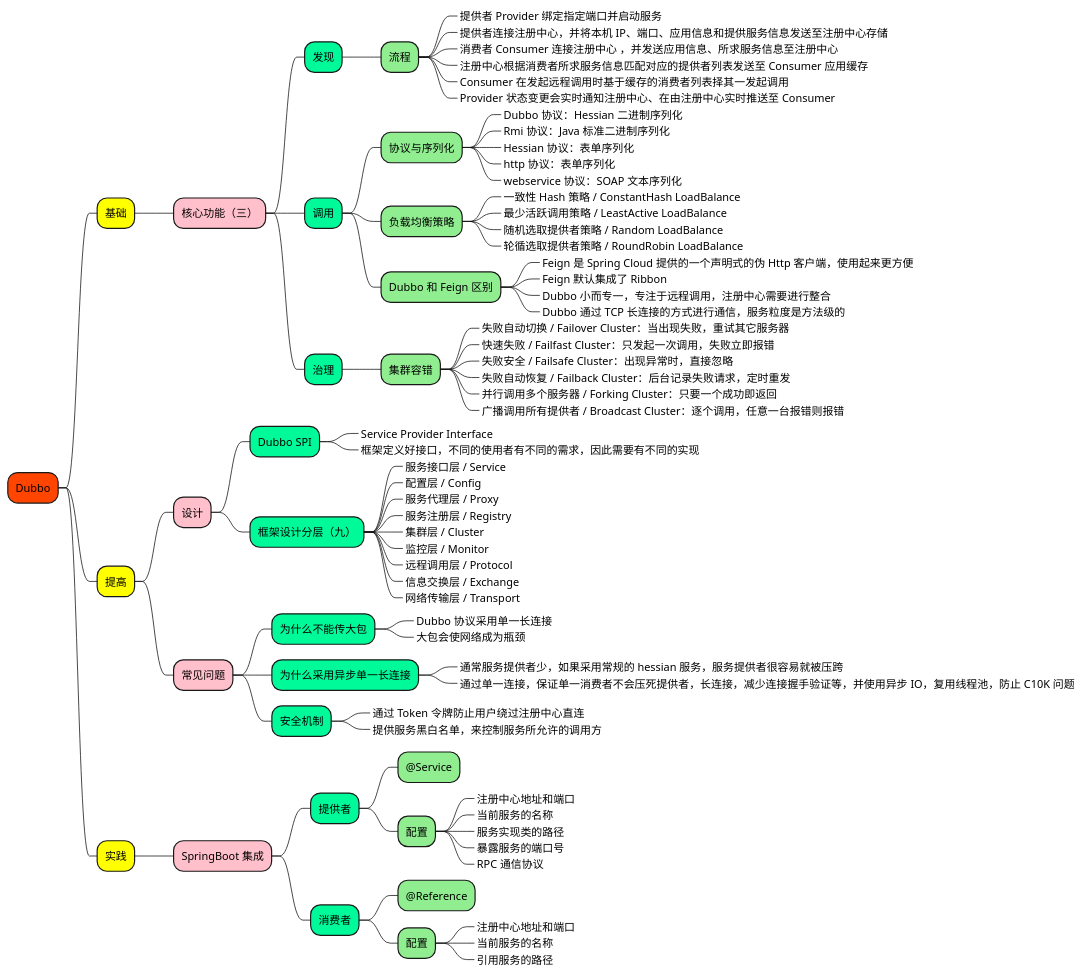
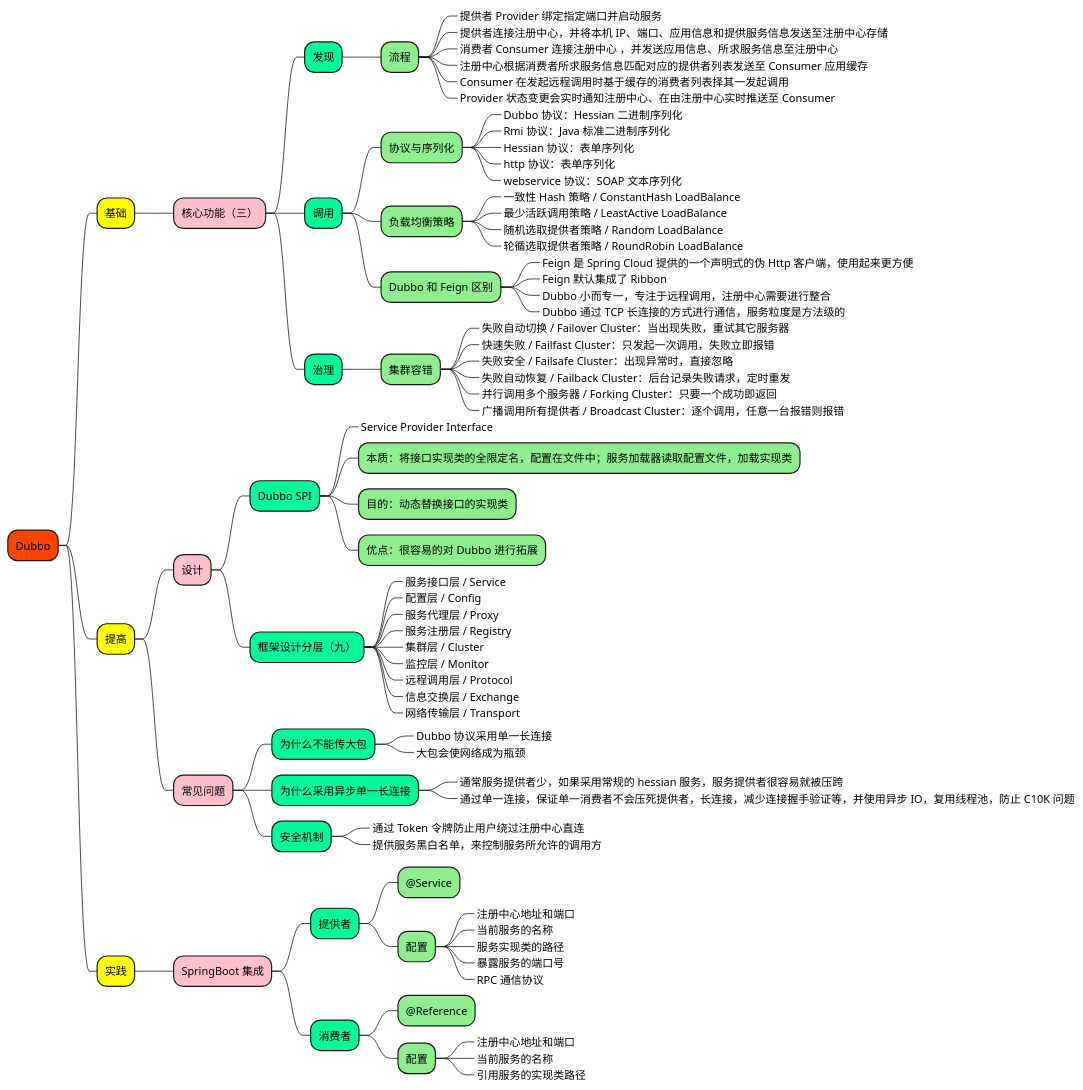
The diagram in 1_map/framework/Dubbo.puml (doveg/self-cultivation-of-a-software-engineer), drawn with PlantUML before and after one commit. The commit also changed 19 other files, not shown here.

```diff
--- a/1_map/framework/Dubbo.puml
+++ b/1_map/framework/Dubbo.puml
@@ -1,105 +1,107 @@
 @startmindmap
 
 +[#OrangeRed] Dubbo
 
 ++[#yellow] 基础
 
 +++[#Pink] 核心功能（三）
 
 ++++[#MediumSpringGreen] 发现
 
 +++++[#LightGreen] 流程
 ++++++[#Aquamarine]_ 提供者 Provider 绑定指定端口并启动服务
 ++++++[#Aquamarine]_ 提供者连接注册中心，并将本机 IP、端口、应用信息和提供服务信息发送至注册中心存储
 ++++++[#Aquamarine]_ 消费者 Consumer 连接注册中心 ，并发送应用信息、所求服务信息至注册中心
 ++++++[#Aquamarine]_ 注册中心根据消费者所求服务信息匹配对应的提供者列表发送至 Consumer 应用缓存
 ++++++[#Aquamarine]_ Consumer 在发起远程调用时基于缓存的消费者列表择其一发起调用
 ++++++[#Aquamarine]_ Provider 状态变更会实时通知注册中心、在由注册中心实时推送至 Consumer
 
 ++++[#MediumSpringGreen] 调用
 
 +++++[#LightGreen] 协议与序列化
 ++++++[#Aquamarine]_ Dubbo 协议：Hessian 二进制序列化
 ++++++[#Aquamarine]_ Rmi 协议：Java 标准二进制序列化
 ++++++[#Aquamarine]_ Hessian 协议：表单序列化
 ++++++[#Aquamarine]_ http 协议：表单序列化
 ++++++[#Aquamarine]_ webservice 协议：SOAP 文本序列化
 
 +++++[#LightGreen] 负载均衡策略
 ++++++[#Aquamarine]_ 一致性 Hash 策略 / ConstantHash LoadBalance
 ++++++[#Aquamarine]_ 最少活跃调用策略 / LeastActive LoadBalance
 ++++++[#Aquamarine]_ 随机选取提供者策略 / Random LoadBalance
 ++++++[#Aquamarine]_ 轮循选取提供者策略 / RoundRobin LoadBalance
 
 +++++[#LightGreen] Dubbo 和 Feign 区别
 ++++++[#Aquamarine]_ Feign 是 Spring Cloud 提供的一个声明式的伪 Http 客户端，使用起来更方便
 ++++++[#Aquamarine]_ Feign 默认集成了 Ribbon
 ++++++[#Aquamarine]_ Dubbo 小而专一，专注于远程调用，注册中心需要进行整合
 ++++++[#Aquamarine]_ Dubbo 通过 TCP 长连接的方式进行通信，服务粒度是方法级的
 
 ++++[#MediumSpringGreen] 治理
 
 +++++[#LightGreen] 集群容错
 ++++++[#Aquamarine]_ 失败自动切换 / Failover Cluster：当出现失败，重试其它服务器
 ++++++[#Aquamarine]_ 快速失败 / Failfast Cluster：只发起一次调用，失败立即报错
 ++++++[#Aquamarine]_ 失败安全 / Failsafe Cluster：出现异常时，直接忽略
 ++++++[#Aquamarine]_ 失败自动恢复 / Failback Cluster：后台记录失败请求，定时重发
 ++++++[#Aquamarine]_ 并行调用多个服务器 / Forking Cluster：只要一个成功即返回
 ++++++[#Aquamarine]_ 广播调用所有提供者 / Broadcast Cluster：逐个调用，任意一台报错则报错
 
 
 ++[#yellow] 提高
 
 +++[#Pink] 设计
 
 ++++[#MediumSpringGreen] Dubbo SPI
 +++++[#LightGreen]_ Service Provider Interface
-+++++[#LightGreen]_ 框架定义好接口，不同的使用者有不同的需求，因此需要有不同的实现
++++++[#LightGreen] 本质：将接口实现类的全限定名，配置在文件中；服务加载器读取配置文件，加载实现类
++++++[#LightGreen] 目的：动态替换接口的实现类
++++++[#LightGreen] 优点：很容易的对 Dubbo 进行拓展
 
 ++++[#MediumSpringGreen] 框架设计分层（九）
 +++++[#LightGreen]_ 服务接口层 / Service
 +++++[#LightGreen]_ 配置层 / Config
 +++++[#LightGreen]_ 服务代理层 / Proxy
 +++++[#LightGreen]_ 服务注册层 / Registry
 +++++[#LightGreen]_ 集群层 / Cluster
 +++++[#LightGreen]_ 监控层 / Monitor
 +++++[#LightGreen]_ 远程调用层 / Protocol
 +++++[#LightGreen]_ 信息交换层 / Exchange
 +++++[#LightGreen]_ 网络传输层 / Transport
 
 +++[#Pink] 常见问题
 
 ++++[#MediumSpringGreen] 为什么不能传大包
 +++++[#LightGreen]_ Dubbo 协议采用单一长连接
 +++++[#LightGreen]_ 大包会使网络成为瓶颈
 ++++[#MediumSpringGreen] 为什么采用异步单一长连接
 +++++[#LightGreen]_ 通常服务提供者少，如果采用常规的 hessian 服务，服务提供者很容易就被压跨
 +++++[#LightGreen]_ 通过单一连接，保证单一消费者不会压死提供者，长连接，减少连接握手验证等，并使用异步 IO，复用线程池，防止 C10K 问题
 
 ++++[#MediumSpringGreen] 安全机制
 +++++[#LightGreen]_ 通过 Token 令牌防止用户绕过注册中心直连
 +++++[#LightGreen]_ 提供服务黑白名单，来控制服务所允许的调用方
 
 
 ++[#yellow] 实践
 
 +++[#Pink] SpringBoot 集成
 
 ++++[#MediumSpringGreen] 提供者
 +++++[#LightGreen] @Service
 +++++[#LightGreen] 配置
 ++++++[#Aquamarine]_ 注册中心地址和端口
 ++++++[#Aquamarine]_ 当前服务的名称
 ++++++[#Aquamarine]_ 服务实现类的路径
 ++++++[#Aquamarine]_ 暴露服务的端口号
 ++++++[#Aquamarine]_ RPC 通信协议
 
 ++++[#MediumSpringGreen] 消费者
 +++++[#LightGreen] @Reference
 +++++[#LightGreen] 配置
 ++++++[#Aquamarine]_ 注册中心地址和端口
 ++++++[#Aquamarine]_ 当前服务的名称
-++++++[#Aquamarine]_ 引用服务的路径
+++++++[#Aquamarine]_ 引用服务的实现类路径
 
 
 @endmindmap
```
